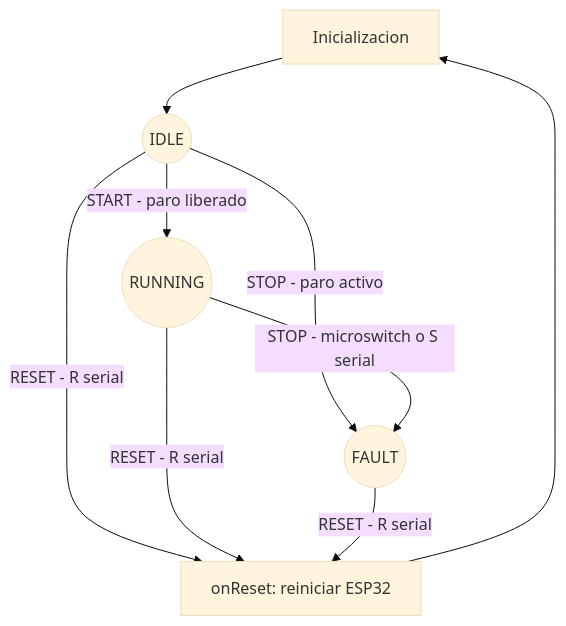
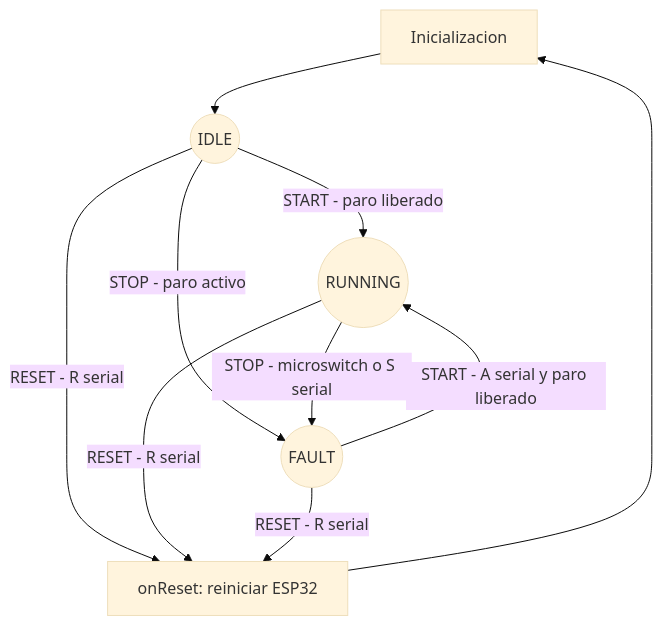
The diagram in documentation/arquitectura.md (josefrv91-maker/banda_transportadora), drawn with Mermaid (base theme) before and after one commit. The commit also changed other lines of this file and 4 other files, not shown here.

````diff
--- a/documentation/arquitectura.md
+++ b/documentation/arquitectura.md
@@ -13,11 +13,12 @@
 ```mermaid
 graph TD
     BOOT[Inicializacion] --> IDLE((IDLE))
     IDLE -->|START - paro liberado| RUNNING((RUNNING))
     IDLE -->|STOP - paro activo| FAULT((FAULT))
     RUNNING -->|STOP - microswitch o S serial| FAULT
+    FAULT -->|START - A serial y paro liberado| RUNNING
     IDLE -->|RESET - R serial| REBOOT[onReset: reiniciar ESP32]
     RUNNING -->|RESET - R serial| REBOOT
     FAULT -->|RESET - R serial| REBOOT
     REBOOT --> BOOT
 ```
````
